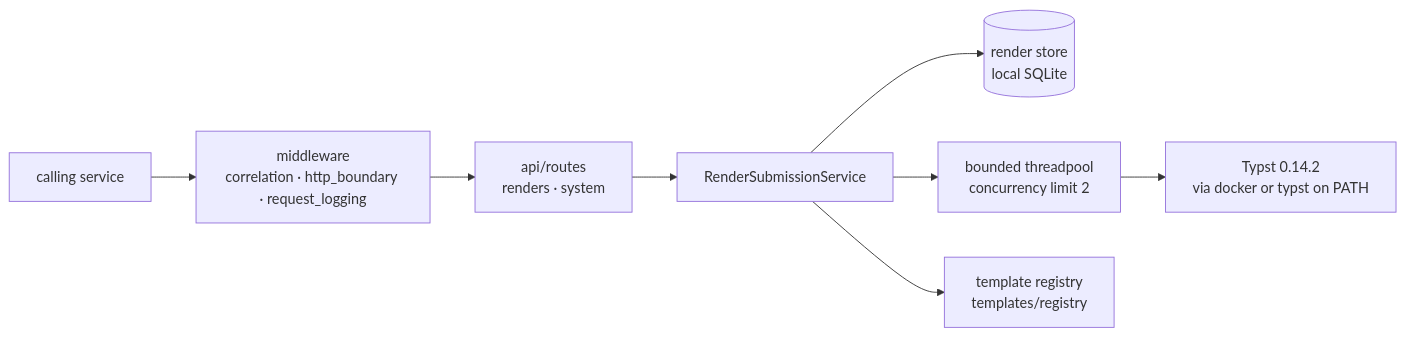
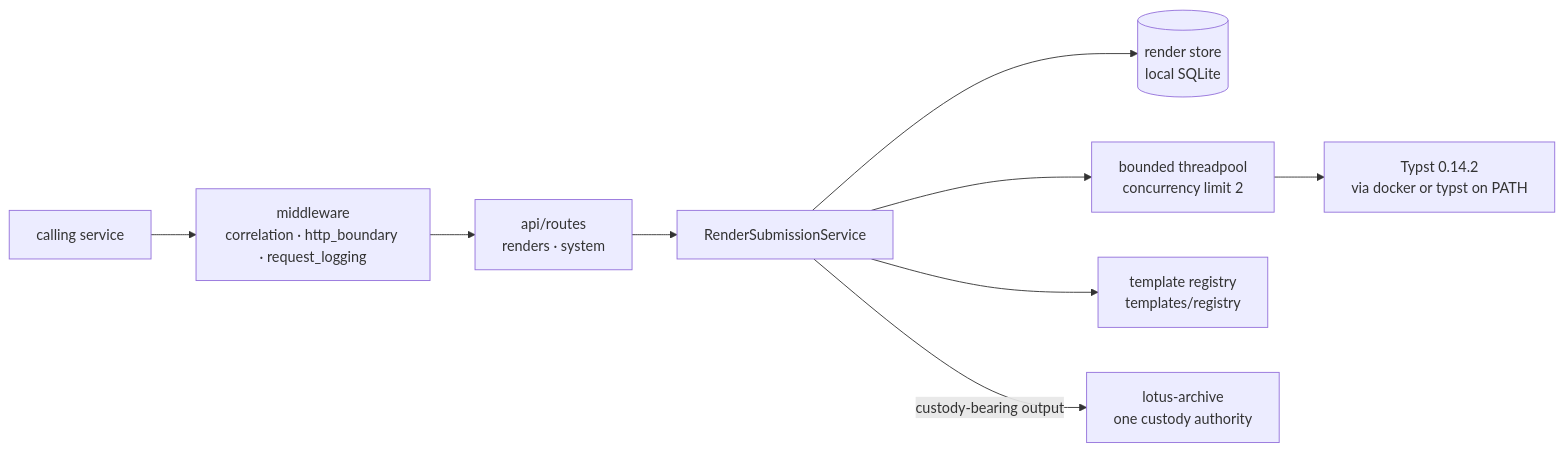
Before and after one commit to sgajbi/lotus-render: the second of 2 diagrams in wiki/Architecture.md, drawn with Mermaid. The commit also changed other lines of this file and 5 other files, not shown here.

Commit message:
fix(runtime): enable local Archive custody handoff (#282)

````diff
--- a/wiki/Architecture.md
+++ b/wiki/Architecture.md
@@ -47,10 +50,11 @@
 ```mermaid
 flowchart LR
   C["calling service"] --> MW["middleware<br/>correlation · http_boundary · request_logging"]
   MW --> API["api/routes<br/>renders · system"]
   API --> SUB["RenderSubmissionService"]
   SUB --> STORE[("render store<br/>local SQLite")]
   SUB --> POOL["bounded threadpool<br/>concurrency limit 2"]
   POOL --> ENGINE["Typst 0.14.2<br/>via docker or typst on PATH"]
   SUB --> REG["template registry<br/>templates/registry"]
+  SUB -- "custody-bearing output" --> ARC["lotus-archive<br/>one custody authority"]
 ```
````
